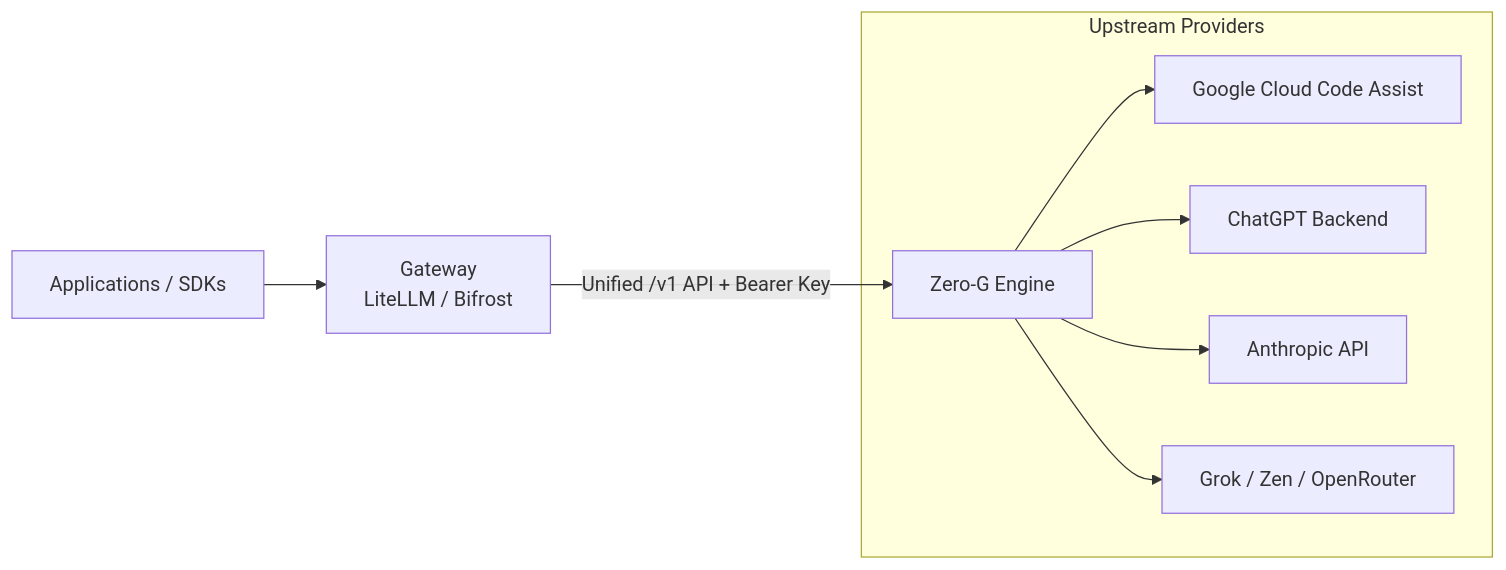
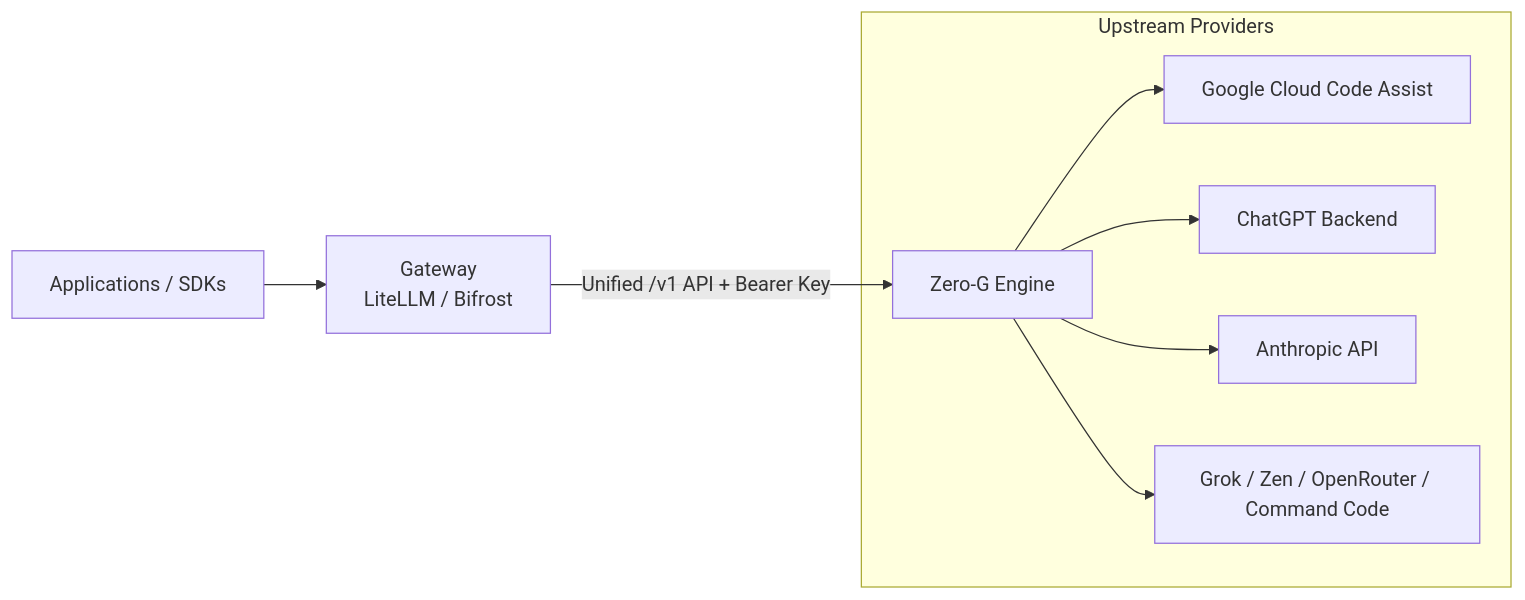
The diagram in docs/gateways.md (Delnegend/zero-g), drawn with Mermaid before and after one commit. The commit also changed 10 other files, not shown here.

First line of the commit message:
feat(provider): add Command Code Provider API backend

````diff
--- a/docs/gateways.md
+++ b/docs/gateways.md
@@ -7,12 +7,12 @@
 ```mermaid
 flowchart LR
     Apps[Applications / SDKs] --> Gateway[Gateway\nLiteLLM / Bifrost]
     Gateway -->|Unified /v1 API + Bearer Key| ZeroG[Zero-G Engine]
     
     subgraph Upstreams [Upstream Providers]
         ZeroG --> AGY[Google Cloud Code Assist]
         ZeroG --> Codex[ChatGPT Backend]
         ZeroG --> Claude[Anthropic API]
-        ZeroG --> Others[Grok / Zen / OpenRouter]
+        ZeroG --> Others[Grok / Zen / OpenRouter / Command Code]
     end
 ```
````
